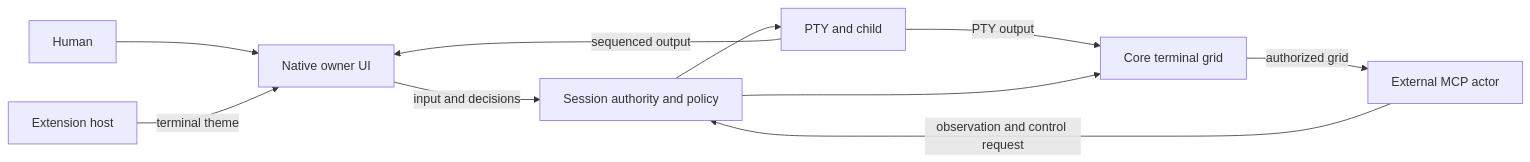
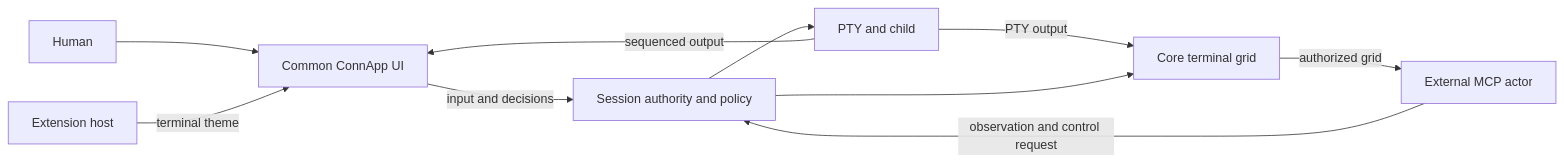
Before and after one commit to eggp-dev/conn: the diagram in docs/architecture.md, drawn with Mermaid. The commit also changed other lines of this file and 231 other files, not shown here.

````diff
--- a/docs/architecture.md
+++ b/docs/architecture.md
@@ -5,12 +8,12 @@
 ```mermaid
 flowchart LR
-  H[Human] --> U[Native owner UI]
+  H[Human] --> U[Common ConnApp UI]
   U -->|input and decisions| S[Session authority and policy]
   S --> P[PTY and child]
   P -->|sequenced output| U
   P -->|PTY output| F[Core terminal grid]
   A[External MCP actor] -->|observation and control request| S
   S --> F
   F -->|authorized grid| A
   E[Extension host] -->|terminal theme| U
 ```
````
